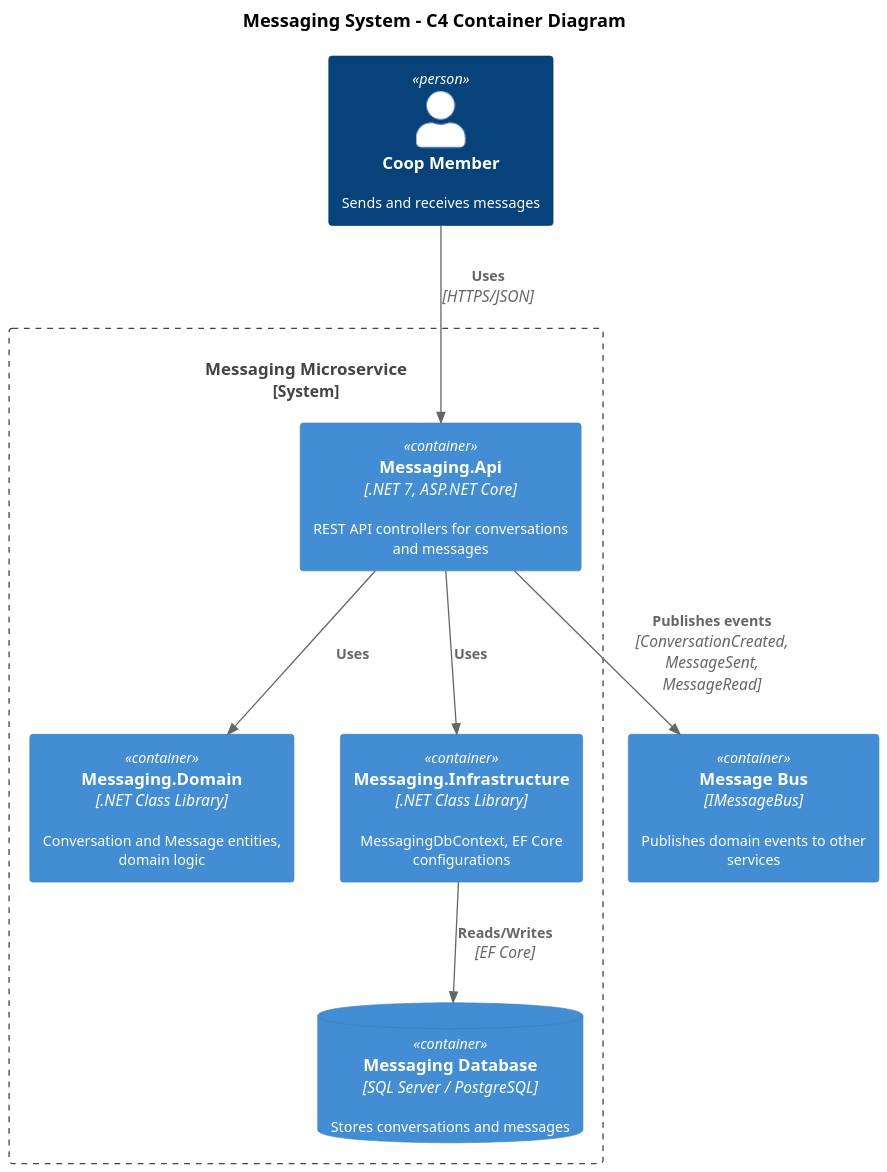
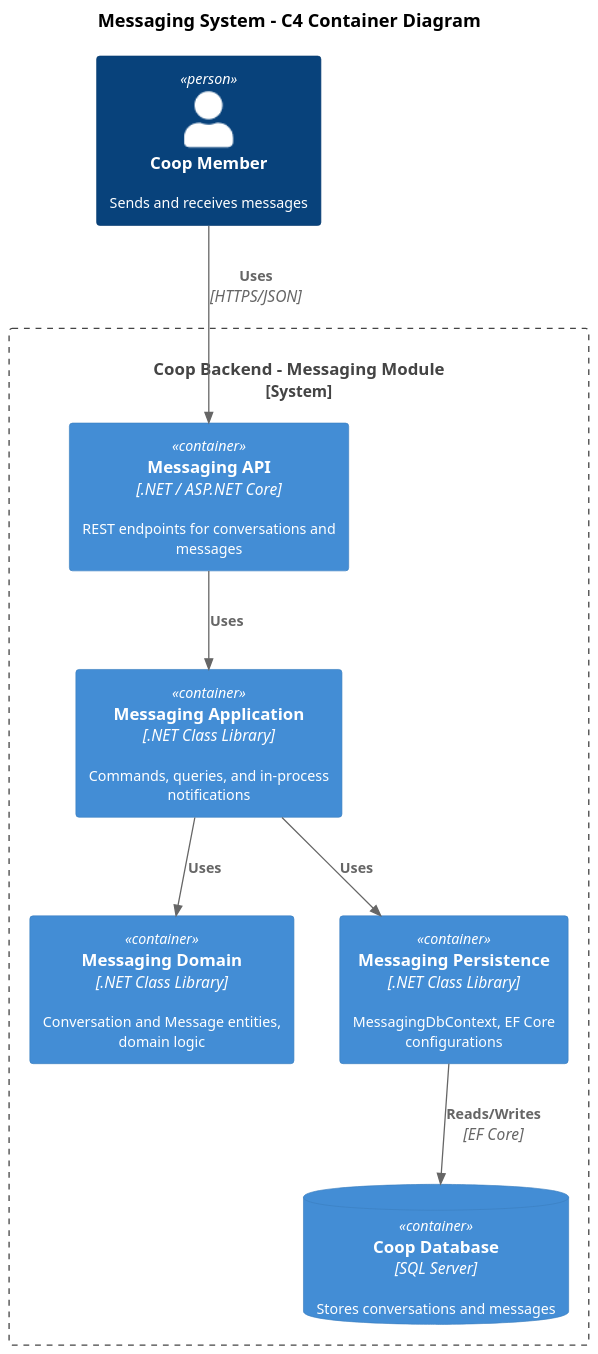
One commit to QuinntyneBrown/Coop changed the diagram in docs/detailed-designs/07-messaging-system/c4-container.puml. Above: the diagram before and after it, drawn with PlantUML. The commit also changed 10 other files, not shown here.

Commit message:
Update PlantUML diagrams for messaging, onboarding, theme, and API layer

```diff
--- a/docs/detailed-designs/07-messaging-system/c4-container.puml
+++ b/docs/detailed-designs/07-messaging-system/c4-container.puml
@@ -1,26 +1,25 @@
 @startuml c4-container
 !include https://raw.githubusercontent.com/plantuml-stdlib/C4-PlantUML/master/C4_Container.puml
 
 skinparam dpi 150
 skinparam defaultFontSize 11
 
 title Messaging System - C4 Container Diagram
 
 Person(member, "Coop Member", "Sends and receives messages")
 
-System_Boundary(messaging, "Messaging Microservice") {
-  Container(api, "Messaging.Api", ".NET 7, ASP.NET Core", "REST API controllers for conversations and messages")
-  Container(domain, "Messaging.Domain", ".NET Class Library", "Conversation and Message entities, domain logic")
-  Container(infra, "Messaging.Infrastructure", ".NET Class Library", "MessagingDbContext, EF Core configurations")
-  ContainerDb(db, "Messaging Database", "SQL Server / PostgreSQL", "Stores conversations and messages")
+System_Boundary(messaging, "Coop Backend - Messaging Module") {
+  Container(api, "Messaging API", ".NET / ASP.NET Core", "REST endpoints for conversations and messages")
+  Container(app, "Messaging Application", ".NET Class Library", "Commands, queries, and in-process notifications")
+  Container(domain, "Messaging Domain", ".NET Class Library", "Conversation and Message entities, domain logic")
+  Container(infra, "Messaging Persistence", ".NET Class Library", "MessagingDbContext, EF Core configurations")
+  ContainerDb(db, "Coop Database", "SQL Server", "Stores conversations and messages")
 }
 
-Container(bus, "Message Bus", "IMessageBus", "Publishes domain events to other services")
-
 Rel(member, api, "Uses", "HTTPS/JSON")
-Rel(api, domain, "Uses")
-Rel(api, infra, "Uses")
+Rel(api, app, "Uses")
+Rel(app, domain, "Uses")
+Rel(app, infra, "Uses")
 Rel(infra, db, "Reads/Writes", "EF Core")
-Rel(api, bus, "Publishes events", "ConversationCreated,\nMessageSent, MessageRead")
 
 @enduml
```
